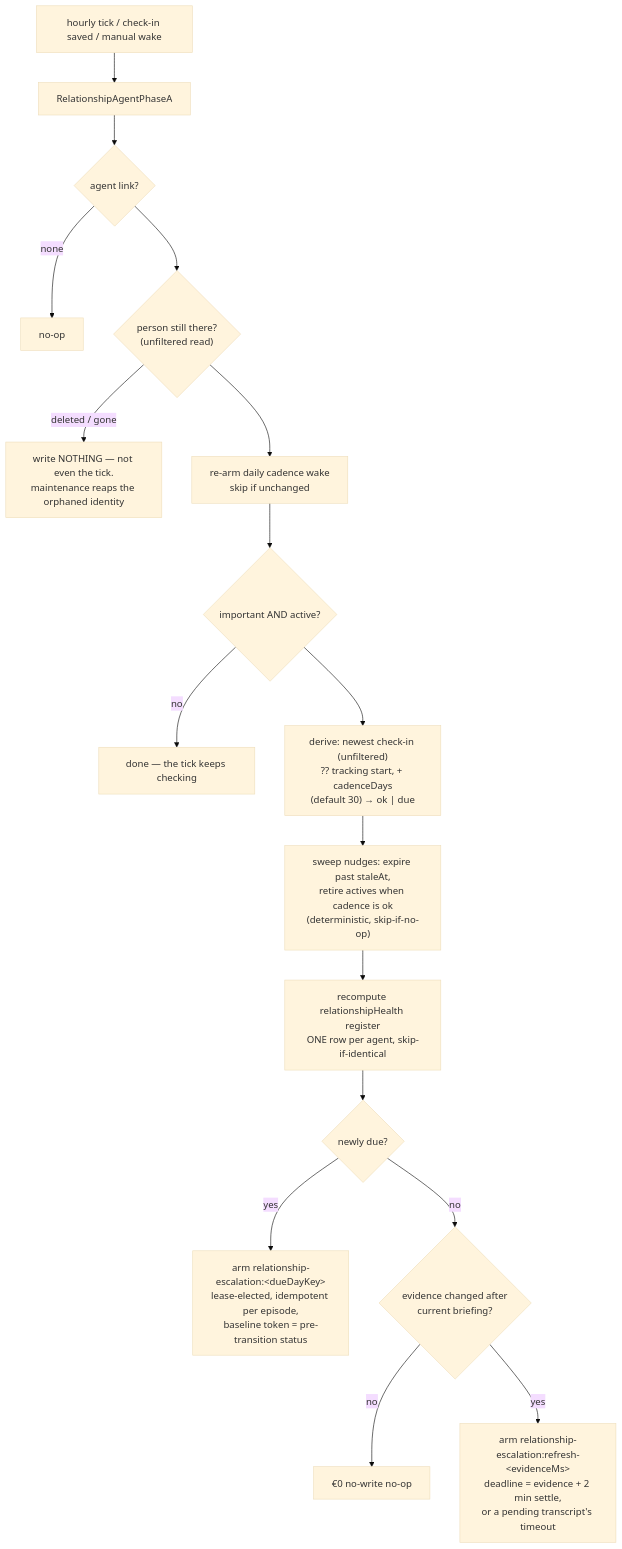
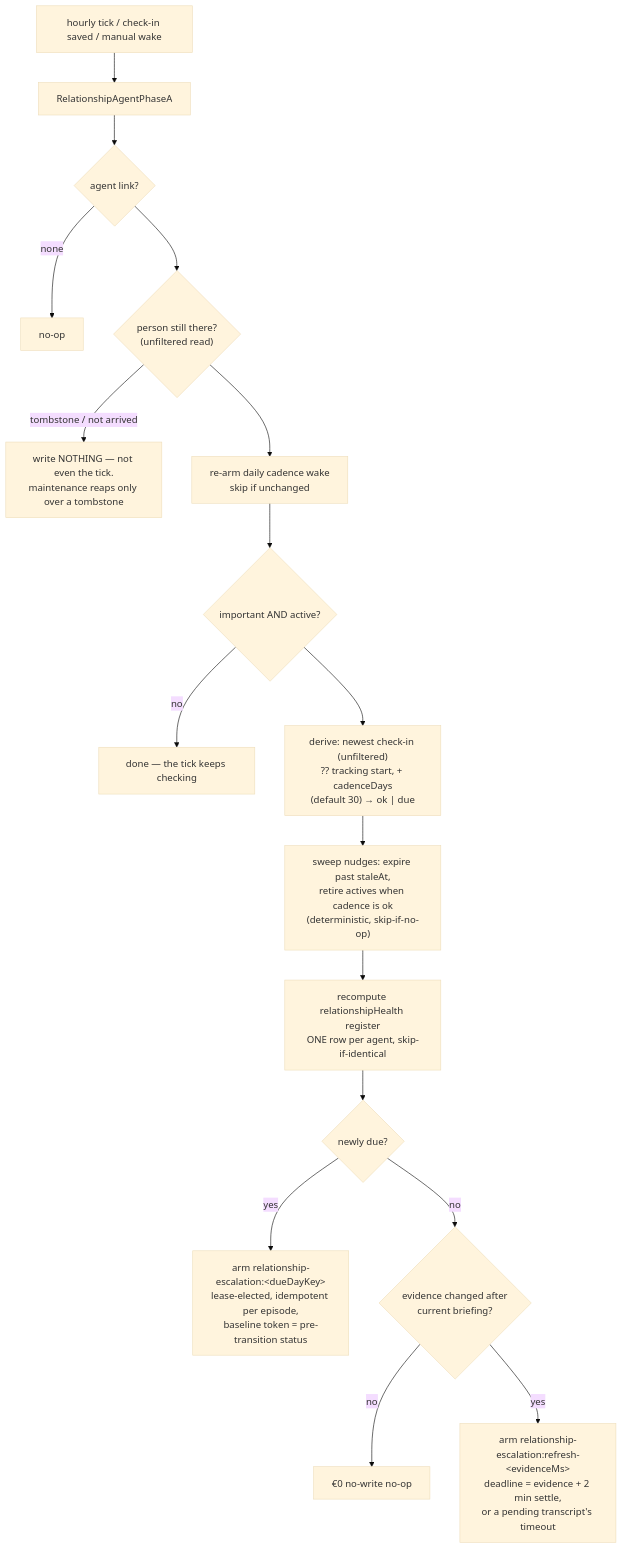
Before and after one commit to matthiasn/lotti: the seventh of 16 diagrams in knowledge/features/relationships.md, drawn with Mermaid (base theme). The commit also changed other lines of this file and 9 other files, not shown here.

````diff
--- a/knowledge/features/relationships.md
+++ b/knowledge/features/relationships.md
@@ -840,19 +842,19 @@
 ```mermaid
 flowchart TD
   T[hourly tick / check-in saved / manual wake] --> A[RelationshipAgentPhaseA]
   A --> L{agent link?}
   L -->|none| OK1[no-op]
   L --> G{"person still there?<br/>(unfiltered read)"}
-  G -->|"deleted / gone"| STOP["write NOTHING — not even the tick.<br/>maintenance reaps the orphaned identity"]
+  G -->|"tombstone / not arrived"| STOP["write NOTHING — not even the tick.<br/>maintenance reaps only over a tombstone"]
   G --> R[re-arm daily cadence wake<br/>skip if unchanged]
   R --> E{important AND active?}
   E -->|no| OK2[done — the tick keeps checking]
   E --> D["derive: newest check-in (unfiltered)<br/>?? tracking start, + cadenceDays<br/>(default 30) → ok | due"]
   D --> SW["sweep nudges: expire past staleAt,<br/>retire actives when cadence is ok<br/>(deterministic, skip-if-no-op)"]
   SW --> REG["recompute relationshipHealth register<br/>ONE row per agent, skip-if-identical"]
   REG --> N{"newly due?"}
   N -->|yes| ESC["arm relationship-escalation:&lt;dueDayKey&gt;<br/>lease-elected, idempotent per episode,<br/>baseline token = pre-transition status"]
   N -->|no| ST{"evidence changed after<br/>current briefing?"}
   ST -->|no| OK3[€0 no-write no-op]
   ST -->|yes| REF["arm relationship-escalation:refresh-&lt;evidenceMs&gt;<br/>deadline = evidence + 2 min settle,<br/>or a pending transcript's timeout"]
 ```
````
